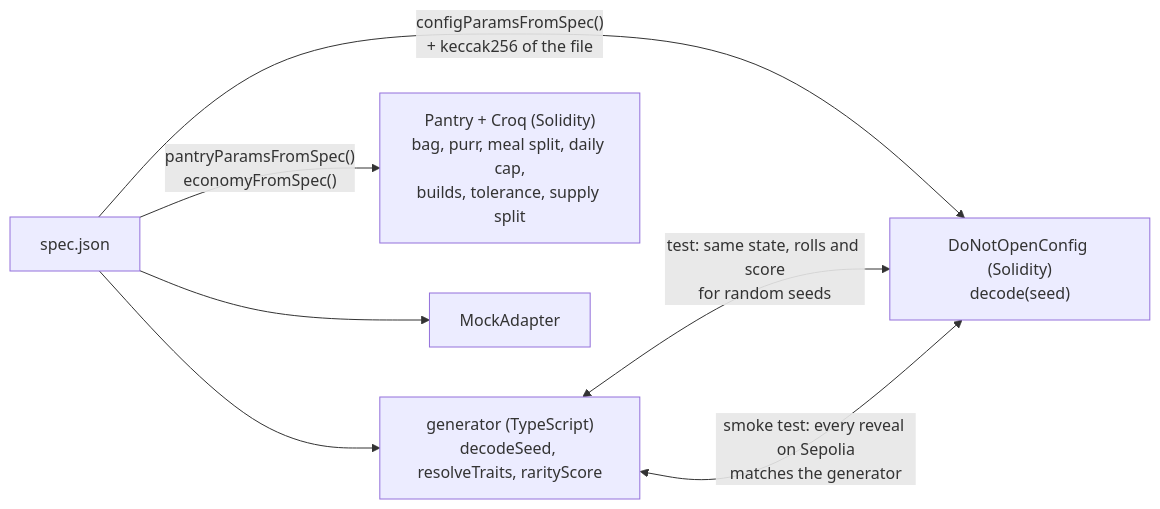
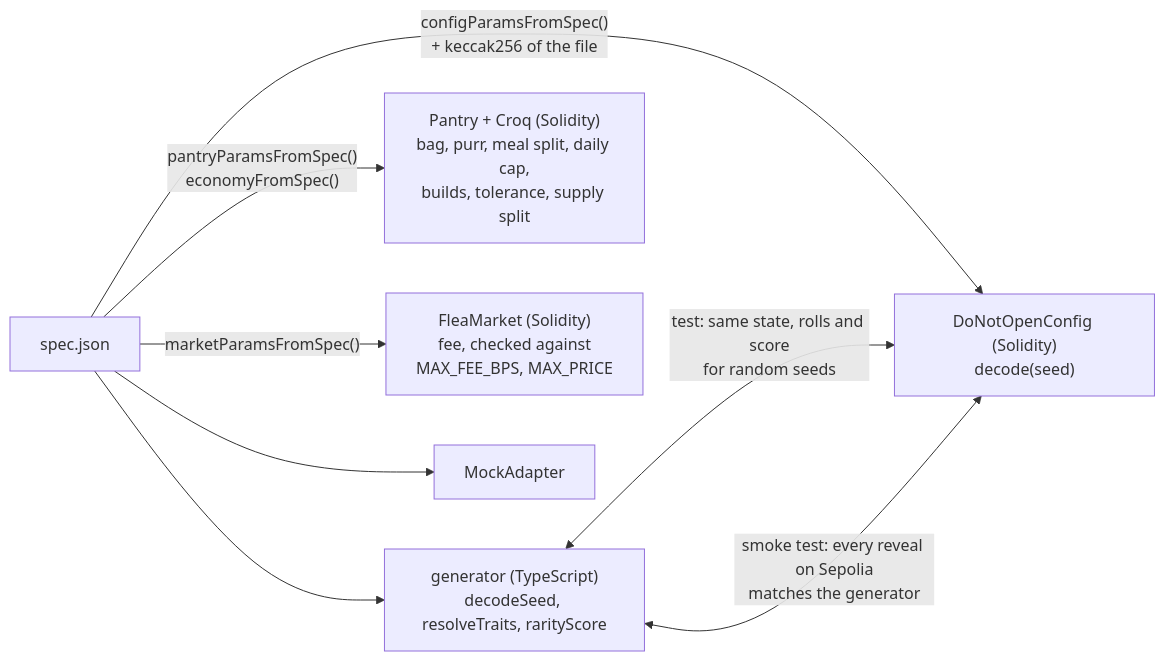
One commit to jecombe/do_not_open changed the second of 6 diagrams in docs/ARCHITECTURE.md. Above: the diagram before and after it, drawn with Mermaid. The commit also changed other lines of this file and 53 other files, not shown here.

Commit message:
Open the flea market, where players sell boxes, cats and rats in cUSDC at a public price or to a secret offer

````diff
--- a/docs/ARCHITECTURE.md
+++ b/docs/ARCHITECTURE.md
@@ -48,10 +48,11 @@
 ```mermaid
 flowchart LR
   json["spec.json"]
   json --> ts["generator (TypeScript)<br/>decodeSeed, resolveTraits, rarityScore"]
   json -- "configParamsFromSpec()<br/>+ keccak256 of the file" --> cfg["DoNotOpenConfig (Solidity)<br/>decode(seed)"]
   json -- "pantryParamsFromSpec()<br/>economyFromSpec()" --> pantry["Pantry + Croq (Solidity)<br/>bag, purr, meal split, daily cap,<br/>builds, tolerance, supply split"]
+  json -- "marketParamsFromSpec()" --> market["FleaMarket (Solidity)<br/>fee, checked against<br/>MAX_FEE_BPS, MAX_PRICE"]
   json --> mock["MockAdapter"]
   ts <-- "test: same state, rolls and score<br/>for random seeds" --> cfg
   ts <-- "smoke test: every reveal on Sepolia<br/>matches the generator" --> cfg
 ```
````
